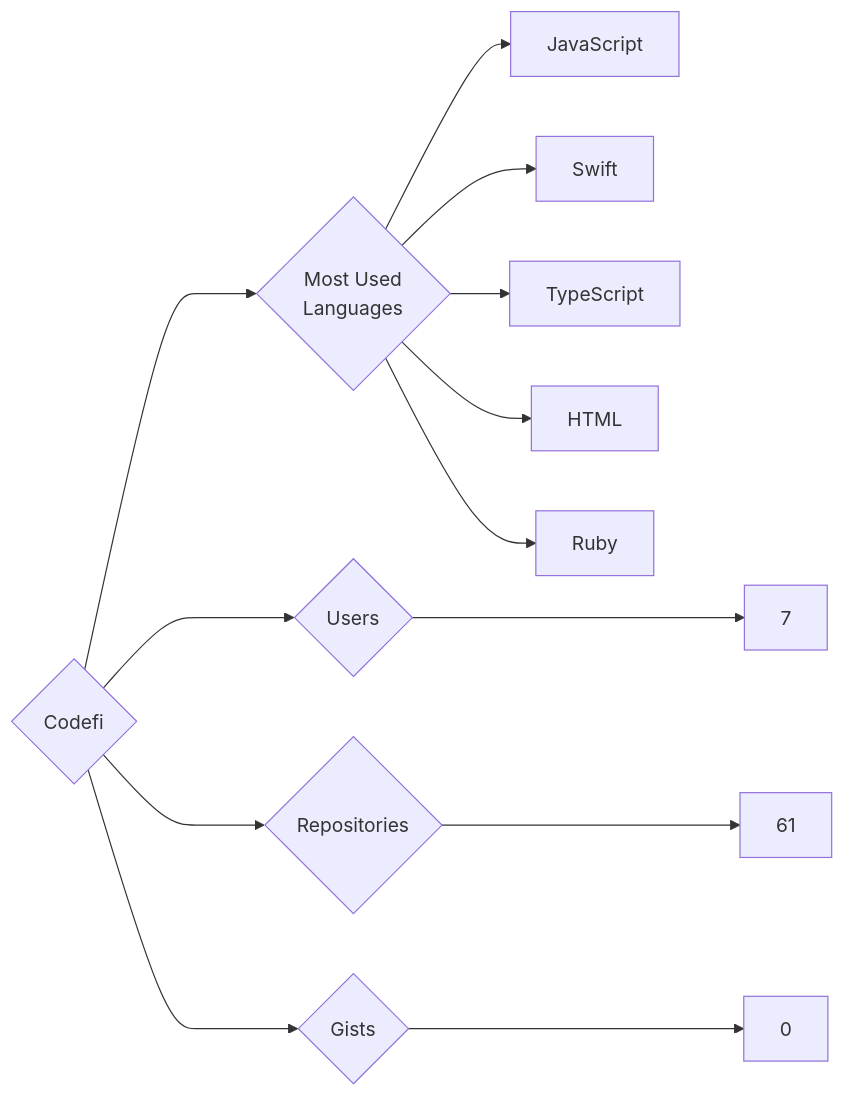
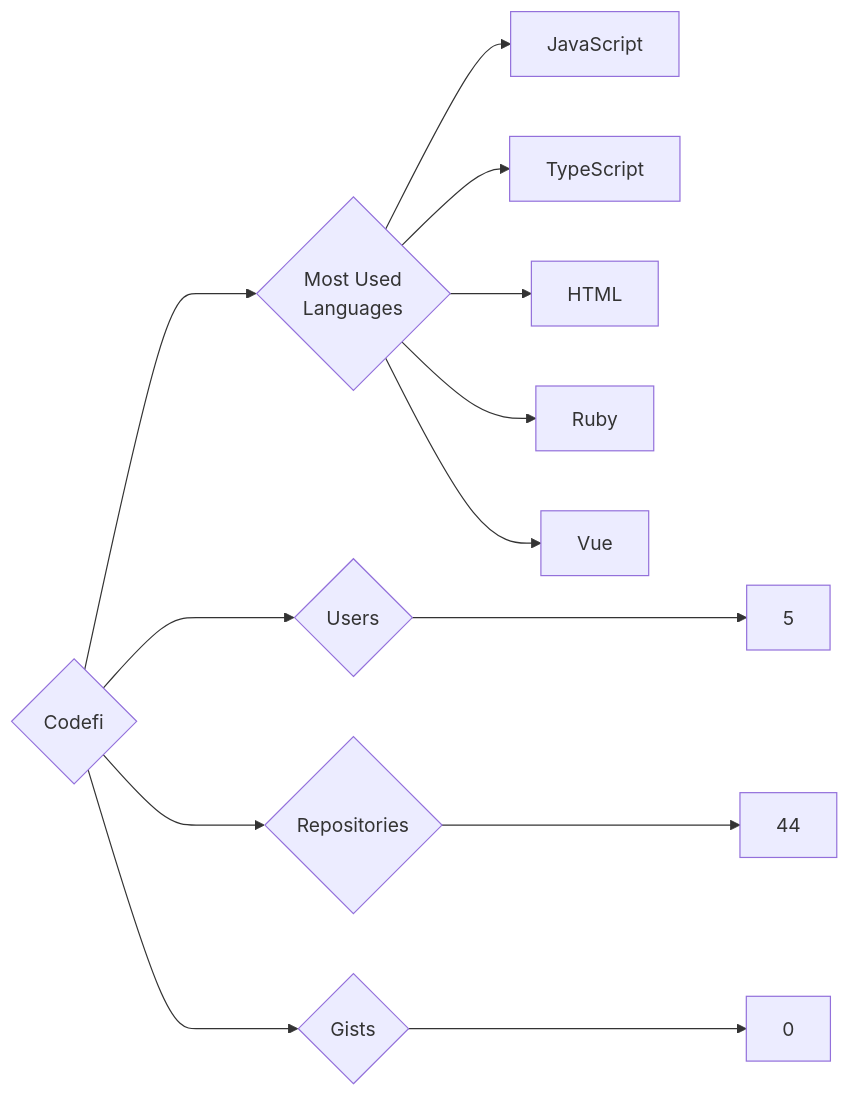
One commit to trickest/insiders changed the diagram in targets/Codefi/README.md. Above: the diagram before and after it, drawn with Mermaid. The commit also changed 984 other files, not shown here.

````diff
--- a/targets/Codefi/README.md
+++ b/targets/Codefi/README.md
@@ -3,13 +3,13 @@
 ```mermaid
 graph LR
 COMPANY_NAME{Codefi}
-COMPANY_NAME ---> U{Users} ---> UN[7]
-COMPANY_NAME ---> R{Repositories} ---> RN[61]
+COMPANY_NAME ---> U{Users} ---> UN[5]
+COMPANY_NAME ---> R{Repositories} ---> RN[44]
 COMPANY_NAME ---> G{Gists} ---> GN[0]
 COMPANY_NAME ---> ML{Most Used<br>Languages}
 ML --> JavaScript[JavaScript]
-ML --> Swift[Swift]
 ML --> TypeScript[TypeScript]
 ML --> HTML[HTML]
 ML --> Ruby[Ruby]
+ML --> Vue[Vue]
 ```
````
